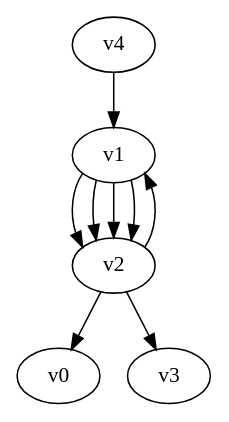
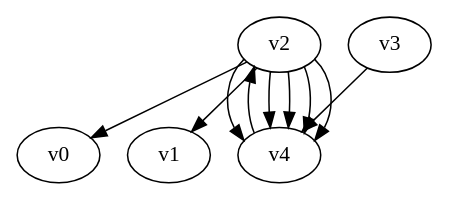
Before and after one commit to yadej/graph_project: the diagram in digraph.dot, drawn with Graphviz. The commit also changed 1 other file, not shown here.

```diff
--- a/digraph.dot
+++ b/digraph.dot
@@ -1,10 +1,9 @@
 digraph G { 
-v1 -> v2;
-v1 -> v2;
-v1 -> v2;
-v1 -> v2;
 v2 -> v0;
 v2 -> v1;
-v2 -> v3;
-v4 -> v1;
+v2 -> v4 -> v2 -> v4;
+v2 -> v4;
+v2 -> v4;
+v2 -> v4;
+v3 -> v4;
 }
```
